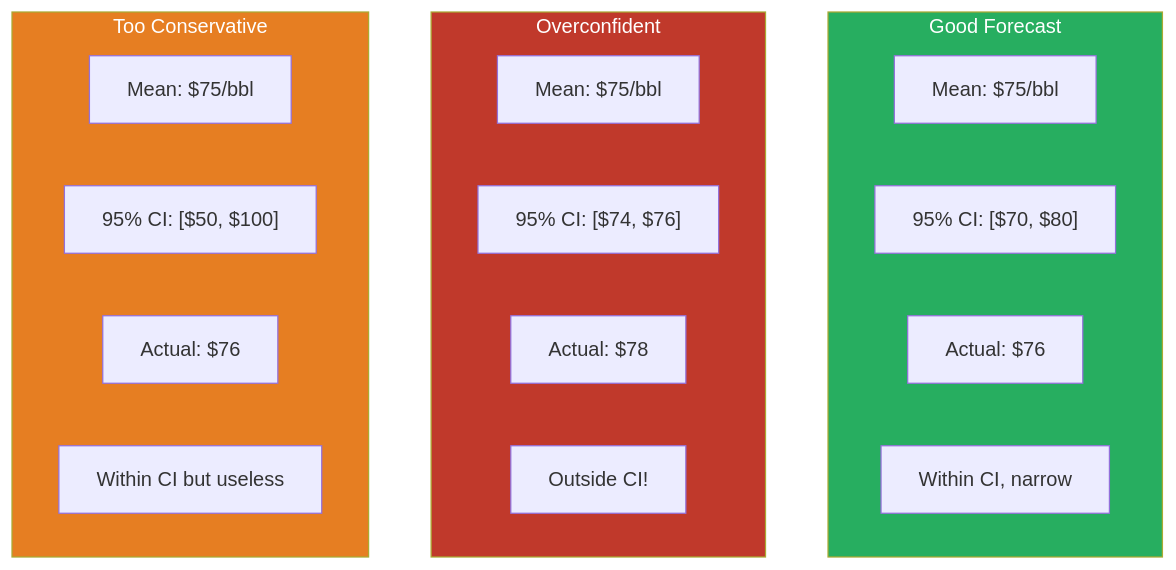
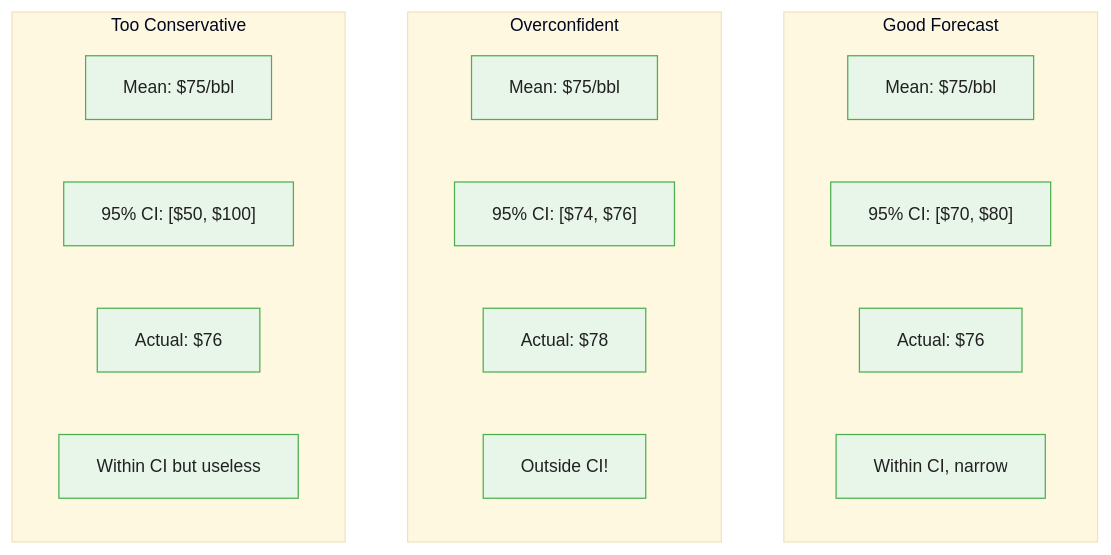
One commit to m-deane/course-creator changed the second of 4 diagrams in courses/bayesian-commodity-forecasting/modules/module_08_fundamentals_integration/guides/04_forecast_evaluation_slides.md. Above: the diagram before and after it, drawn with Mermaid. The commit also changed other lines of this file and 104 other files, not shown here.

````diff
--- a/courses/bayesian-commodity-forecasting/modules/module_08_fundamentals_integration/guides/04_forecast_evaluation_slides.md
+++ b/courses/bayesian-commodity-forecasting/modules/module_08_fundamentals_integration/guides/04_forecast_evaluation_slides.md
@@ -87,24 +102,22 @@
 ```mermaid
+%%{init: {"theme": "base", "themeVariables": {"primaryColor": "#e8f5e9", "primaryBorderColor": "#4caf50", "primaryTextColor": "#212121", "secondaryColor": "#e3f2fd", "tertiaryColor": "#fff8e1", "lineColor": "#757575", "fontFamily": "Inter, sans-serif", "fontSize": "14px"}}}%%
 flowchart TD
     subgraph Good["Good Forecast"]
         G1["Mean: $75/bbl"]
         G2["95% CI: [$70, $80]"]
         G3["Actual: $76"]
         G4["Within CI, narrow"]
     end
     subgraph Overconfident["Overconfident"]
         O1["Mean: $75/bbl"]
         O2["95% CI: [$74, $76]"]
         O3["Actual: $78"]
         O4["Outside CI!"]
     end
     subgraph Conservative["Too Conservative"]
         C1["Mean: $75/bbl"]
         C2["95% CI: [$50, $100]"]
         C3["Actual: $76"]
         C4["Within CI but useless"]
     end
-    style Good fill:#27ae60,color:#fff
-    style Overconfident fill:#c0392b,color:#fff
-    style Conservative fill:#e67e22,color:#fff
 ```
````
